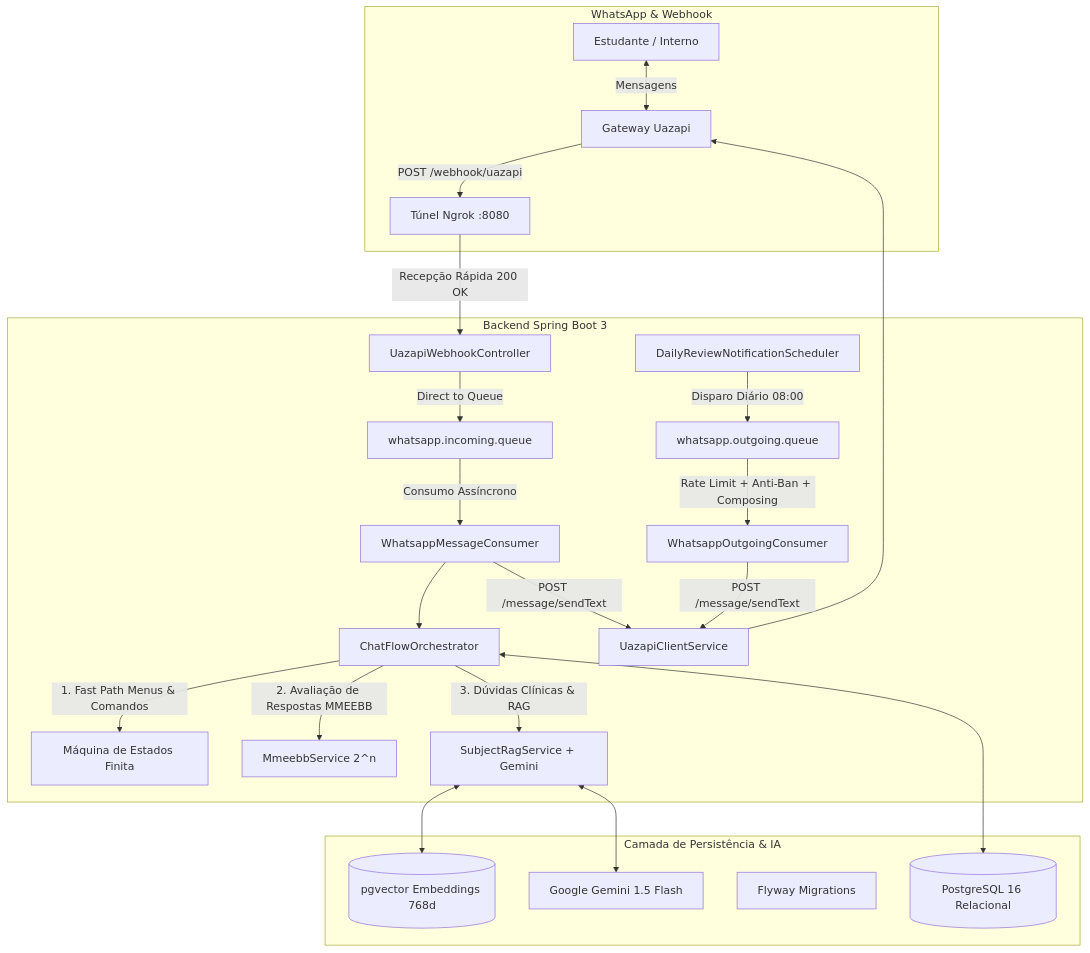
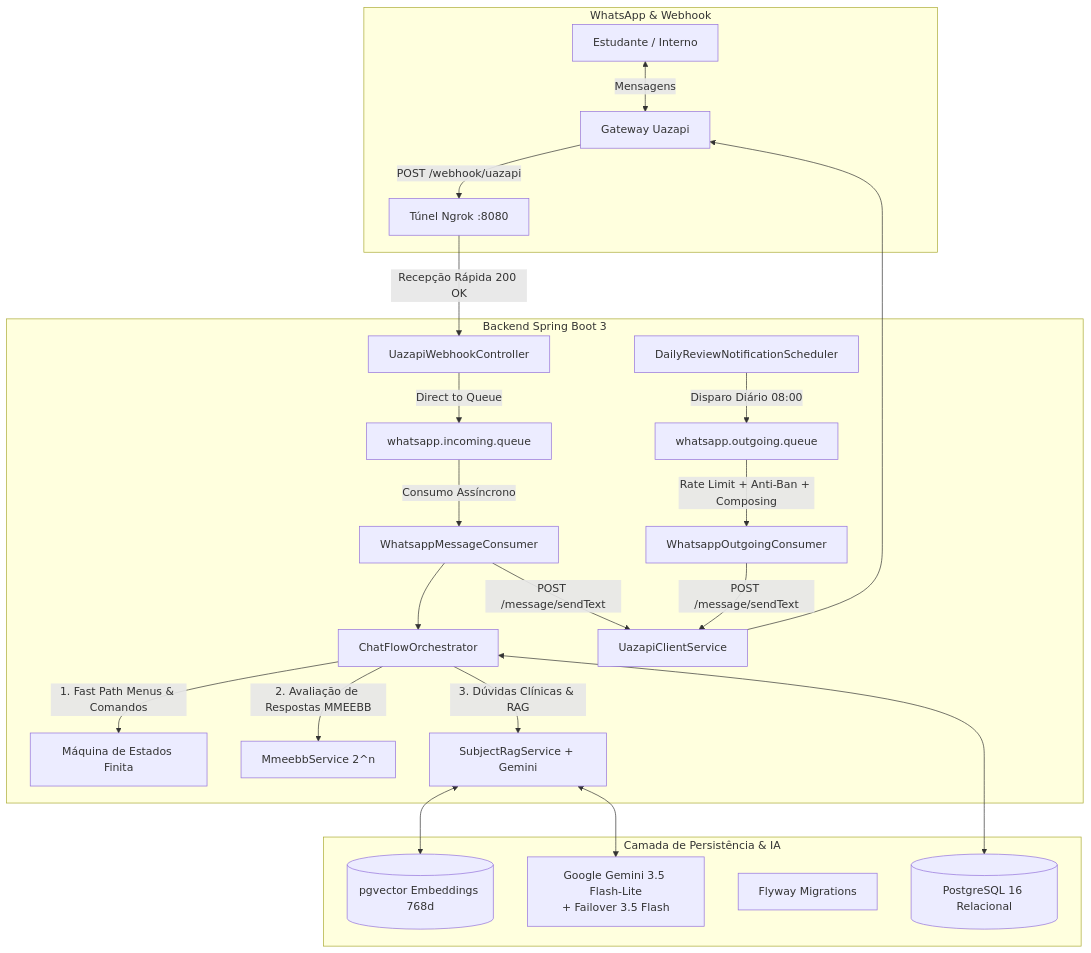
The third of 4 diagrams in README.md (NickolasTav/mmeebb-chatbot), drawn with Mermaid before and after one commit. The commit also changed other lines of this file, not shown here.

````diff
--- a/README.md
+++ b/README.md
@@ -104,37 +104,37 @@
 ```mermaid
 flowchart TB
     subgraph WhatsApp_Gateway [WhatsApp & Webhook]
         ALUNO[Estudante / Interno] <-->|Mensagens| UAZ[Gateway Uazapi]
         UAZ -->|POST /webhook/uazapi| NGROK[Túnel Ngrok :8080]
     end
 
     subgraph Spring_Backend [Backend Spring Boot 3]
         NGROK -->|Recepção Rápida 200 OK| CTRL[UazapiWebhookController]
         CTRL -->|Direct to Queue| Q_IN[whatsapp.incoming.queue]
         
         Q_IN -->|Consumo Assíncrono| CONS[WhatsappMessageConsumer]
         CONS --> ORCH[ChatFlowOrchestrator]
         
         ORCH -->|1. Fast Path Menus & Comandos| FSM[Máquina de Estados Finita]
         ORCH -->|2. Avaliação de Respostas MMEEBB| MMEEBB[MmeebbService 2^n]
         ORCH -->|3. Dúvidas Clínicas & RAG| RAG[SubjectRagService + Gemini]
         
         SCHED[DailyReviewNotificationScheduler] -->|Disparo Diário 08:00| Q_OUT[whatsapp.outgoing.queue]
         Q_OUT -->|Rate Limit + Anti-Ban + Composing| OUT_CONS[WhatsappOutgoingConsumer]
         
         OUT_CONS -->|POST /message/sendText| REST_CLI[UazapiClientService]
         CONS -->|POST /message/sendText| REST_CLI
         REST_CLI --> UAZ
     end
 
     subgraph Persistence_Layer [Camada de Persistência & IA]
         PG[(PostgreSQL 16 Relacional)]
         VEC[(pgvector Embeddings 768d)]
         FLY[Flyway Migrations]
-        GEMINI[Google Gemini 1.5 Flash]
+        GEMINI[Google Gemini 3.5 Flash-Lite<br/>+ Failover 3.5 Flash]
     end
 
     ORCH <--> PG
     RAG <--> VEC
     RAG <--> GEMINI
 ```
````
